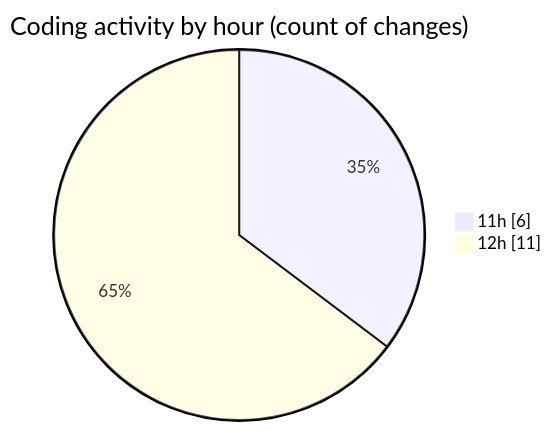
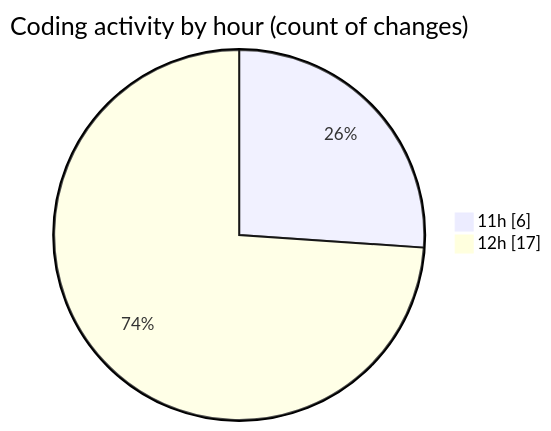
One commit to nxtqubesakshisongat/code-tracking changed the second of 2 diagrams in 2025-04-16/nxtqube_webapp/README.md. Above: the diagram before and after it, drawn with Mermaid. The commit also changed other lines of this file and 1 other file, not shown here.

````diff
--- a/2025-04-16/nxtqube_webapp/README.md
+++ b/2025-04-16/nxtqube_webapp/README.md
@@ -29,6 +29,6 @@
 ```mermaid
 pie showData
 title Coding activity by hour (count of changes)
 "11h" : 6
-"12h" : 11
+"12h" : 17
 ```
````
